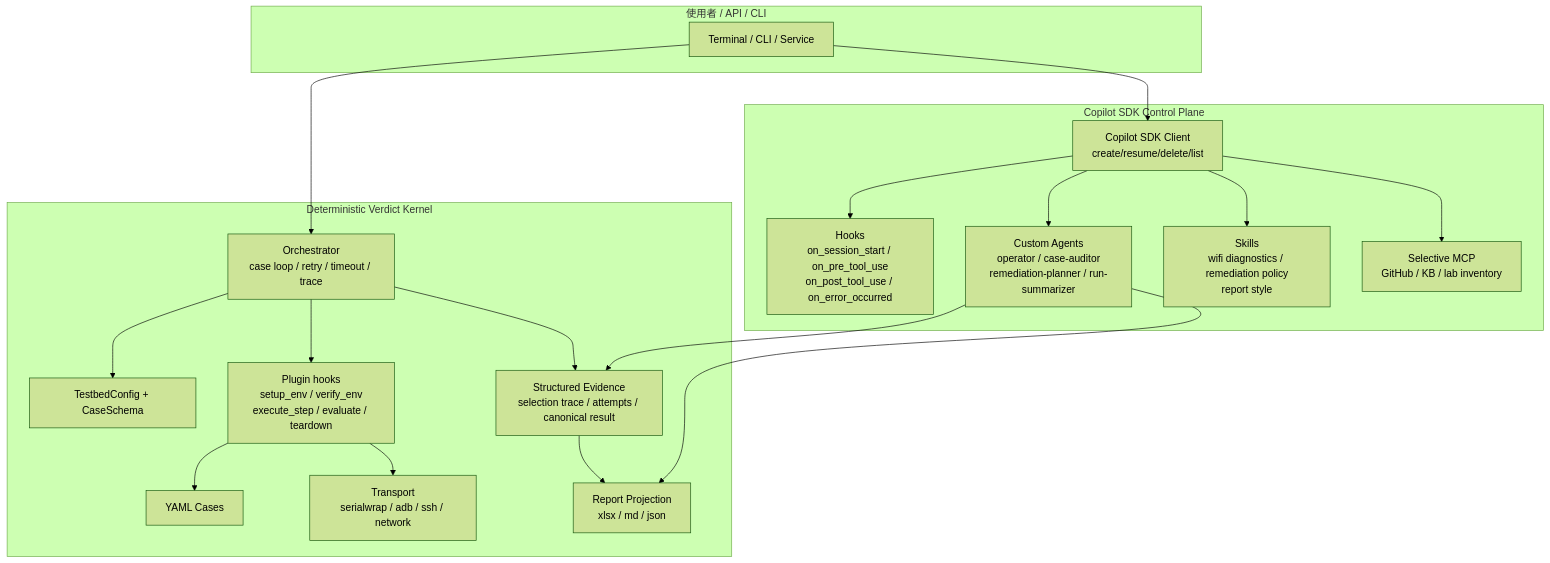
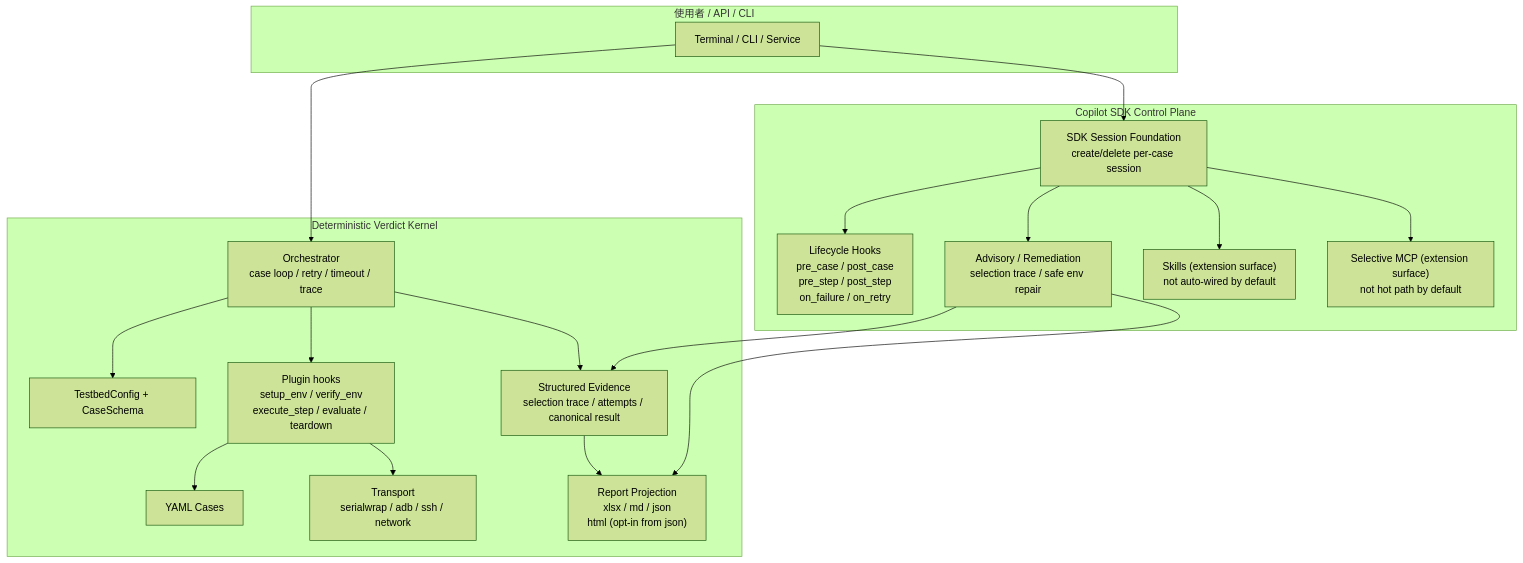
Before and after one commit to hamanpaul/testpilot: the first of 2 diagrams in docs/spec.md, drawn with Mermaid (forest theme). The commit also changed other lines of this file and 2 other files, not shown here.

Commit message:
docs: align architecture and reporting docs

````diff
--- a/docs/spec.md
+++ b/docs/spec.md
@@ -30,42 +39,42 @@
 ```mermaid
 graph TB
     subgraph User["使用者 / API / CLI"]
         ui["Terminal / CLI / Service"]
     end
 
     subgraph CP["Copilot SDK Control Plane"]
-        sdk["Copilot SDK Client\ncreate/resume/delete/list"]
-        hooks["Hooks\non_session_start / on_pre_tool_use\non_post_tool_use / on_error_occurred"]
-        agents["Custom Agents\noperator / case-auditor\nremediation-planner / run-summarizer"]
-        skills["Skills\nwifi diagnostics / remediation policy\nreport style"]
-        mcp["Selective MCP\nGitHub / KB / lab inventory"]
+        sdk["SDK Session Foundation\ncreate/delete per-case session"]
+        hooks["Lifecycle Hooks\npre_case / post_case\npre_step / post_step\non_failure / on_retry"]
+        agents["Advisory / Remediation\nselection trace / safe env repair"]
+        skills["Skills (extension surface)\nnot auto-wired by default"]
+        mcp["Selective MCP (extension surface)\nnot hot path by default"]
     end
 
     subgraph Kernel["Deterministic Verdict Kernel"]
         orch["Orchestrator\ncase loop / retry / timeout / trace"]
         cfg["TestbedConfig + CaseSchema"]
         plugin["Plugin hooks\nsetup_env / verify_env\nexecute_step / evaluate / teardown"]
         yaml["YAML Cases"]
         transport["Transport\nserialwrap / adb / ssh / network"]
         evidence["Structured Evidence\nselection trace / attempts / canonical result"]
-        report["Report Projection\nxlsx / md / json"]
+        report["Report Projection\nxlsx / md / json\nhtml (opt-in from json)"]
     end
 
     ui --> sdk
     ui --> orch
 
     sdk --> hooks
     sdk --> agents
     sdk --> skills
     sdk --> mcp
 
     orch --> cfg
     orch --> plugin
     plugin --> yaml
     plugin --> transport
     orch --> evidence
     evidence --> report
 
     agents --> evidence
     agents --> report
 ```
````
